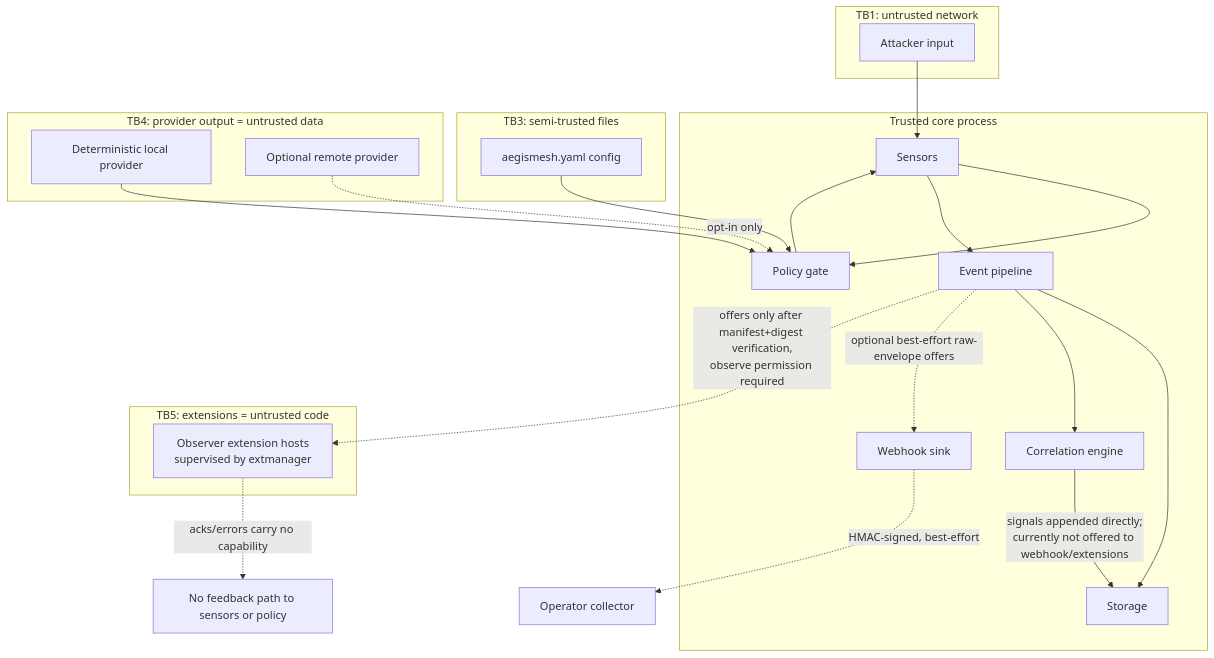
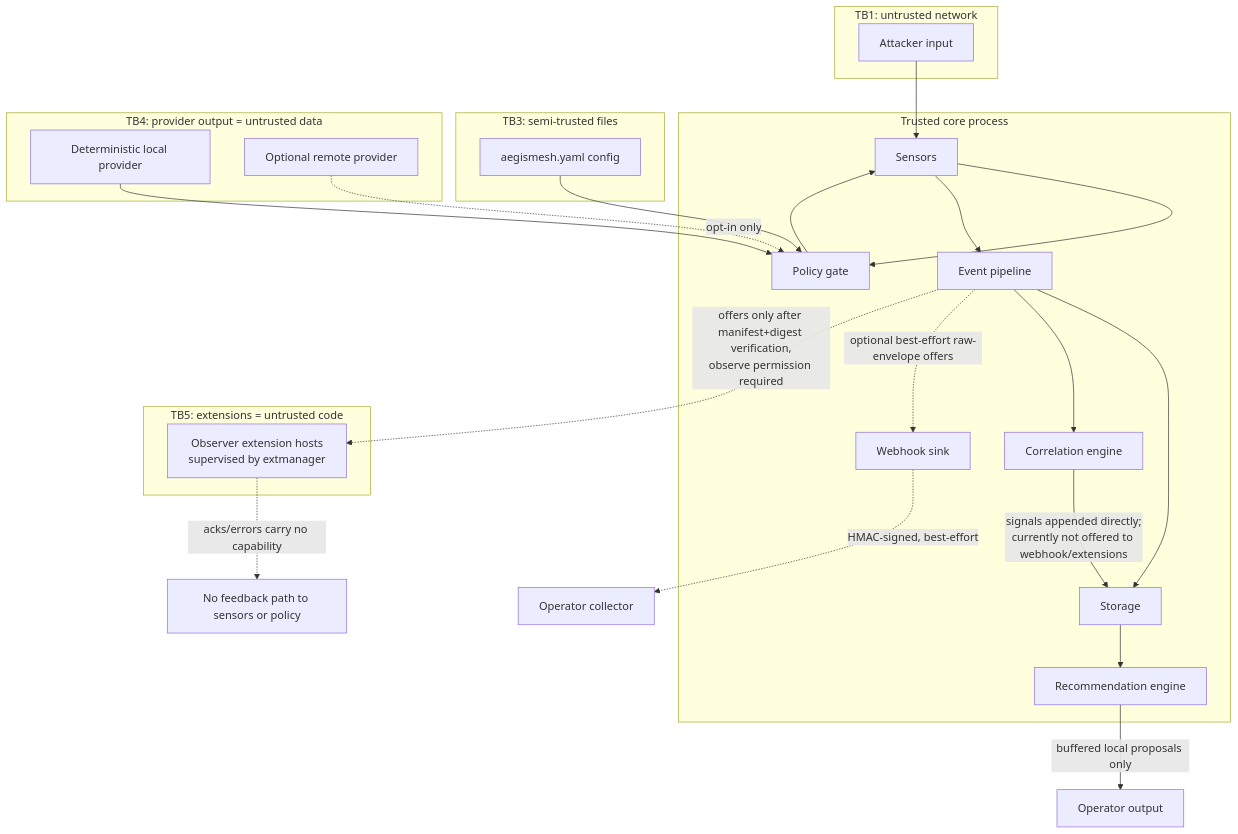
Before and after one commit to metaforismo/AegisMesh: the second of 3 diagrams in docs/architecture/data-flow.md, drawn with Mermaid. The commit also changed other lines of this file and 13 other files, not shown here.

````diff
--- a/docs/architecture/data-flow.md
+++ b/docs/architecture/data-flow.md
@@ -88,38 +100,41 @@
 ```mermaid
 flowchart TB
     subgraph TB1["TB1: untrusted network"]
         X[Attacker input]
     end
     subgraph CORE["Trusted core process"]
         S[Sensors]
         POL[Policy gate]
         EV[Event pipeline]
         COR[Correlation engine]
         WEB[Webhook sink]
         ST[Storage]
+        REC[Recommendation engine]
     end
     subgraph TB3["TB3: semi-trusted files"]
         CF[aegismesh.yaml config]
     end
     subgraph TB4["TB4: provider output = untrusted data"]
         LP[Deterministic local provider]
         RP[Optional remote provider]
     end
     subgraph TB5["TB5: extensions = untrusted code"]
         EH[Observer extension hosts\nsupervised by extmanager]
     end
     X --> S
     CF --> POL
     S --> POL
     LP --> POL
     RP -.->|opt-in only| POL
     S --> EV
     POL --> S
     EV --> ST
+    ST --> REC
     EV --> COR
     EV -.->|"optional best-effort raw-envelope offers"| WEB
     COR -->|"signals appended directly;\ncurrently not offered to webhook/extensions"| ST
     EV -.->|"offers only after manifest+digest verification,\nobserve permission required"| EH
     EH -.->|"acks/errors carry no capability"| NFB[No feedback path to sensors or policy]
     WEB -.->|"HMAC-signed, best-effort"| COL[Operator collector]
+    REC -->|"buffered local proposals only"| OUT[Operator output]
 ```
````
